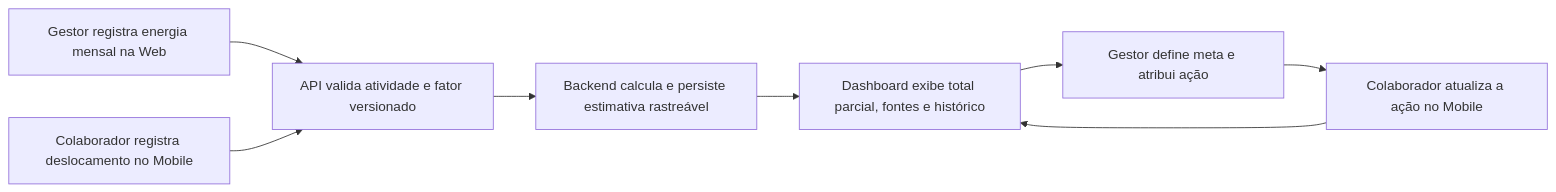
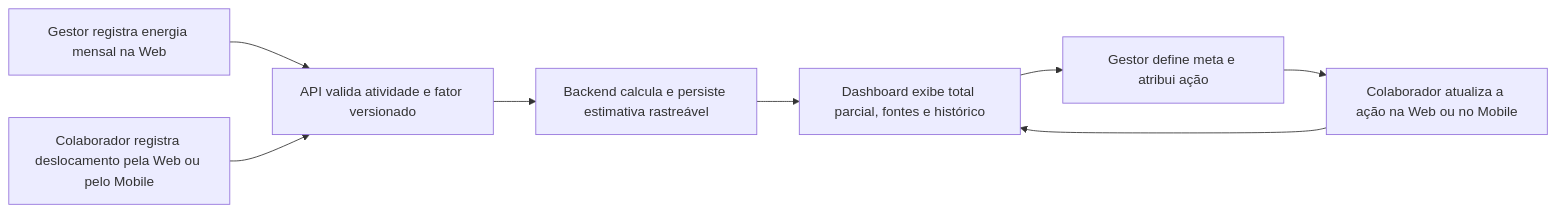
The diagram in README.md (LorenzoPradalMalosso/acorde), drawn with Mermaid before and after one commit. The commit also changed other lines of this file and 41 other files, not shown here.

````diff
--- a/README.md
+++ b/README.md
@@ -34,10 +34,10 @@
 ```mermaid
 flowchart LR
     A[Gestor registra energia mensal na Web] --> B[API valida atividade e fator versionado]
-    C[Colaborador registra deslocamento no Mobile] --> B
+    C[Colaborador registra deslocamento pela Web ou pelo Mobile] --> B
     B --> D[Backend calcula e persiste estimativa rastreável]
     D --> E[Dashboard exibe total parcial, fontes e histórico]
     E --> F[Gestor define meta e atribui ação]
-    F --> G[Colaborador atualiza a ação no Mobile]
+    F --> G[Colaborador atualiza a ação na Web ou no Mobile]
     G --> E
 ```
````
